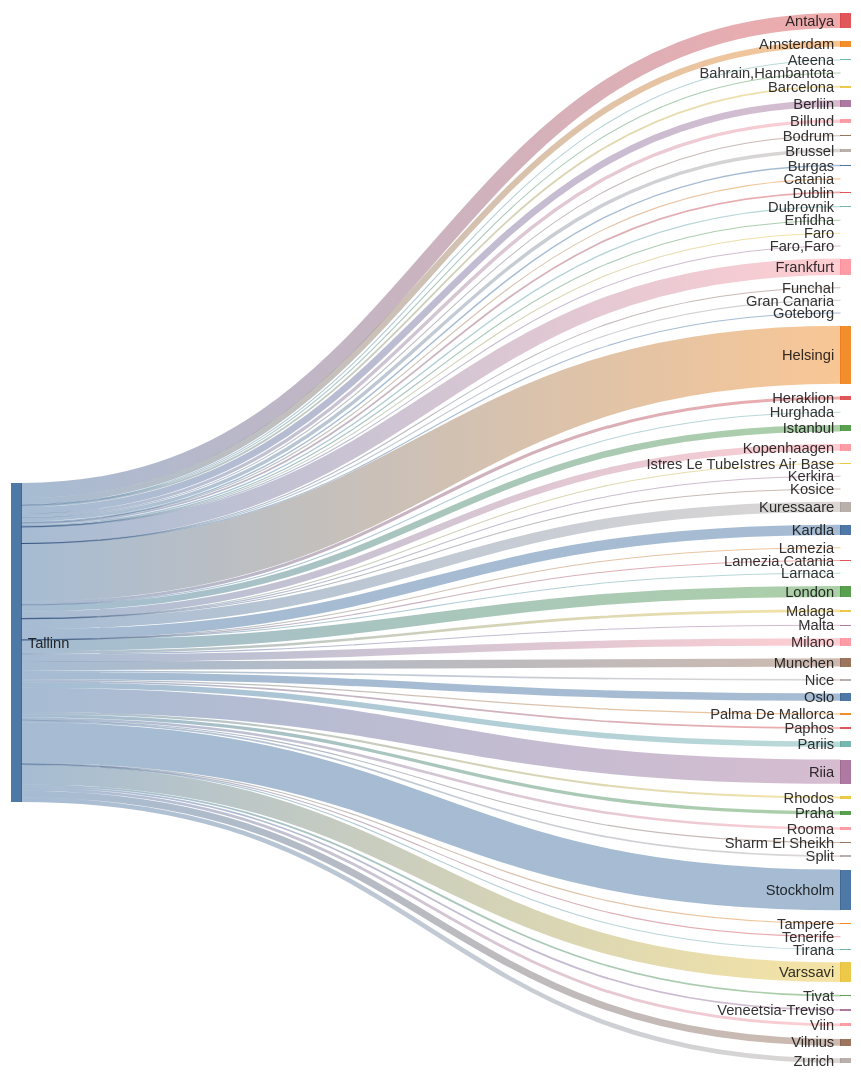
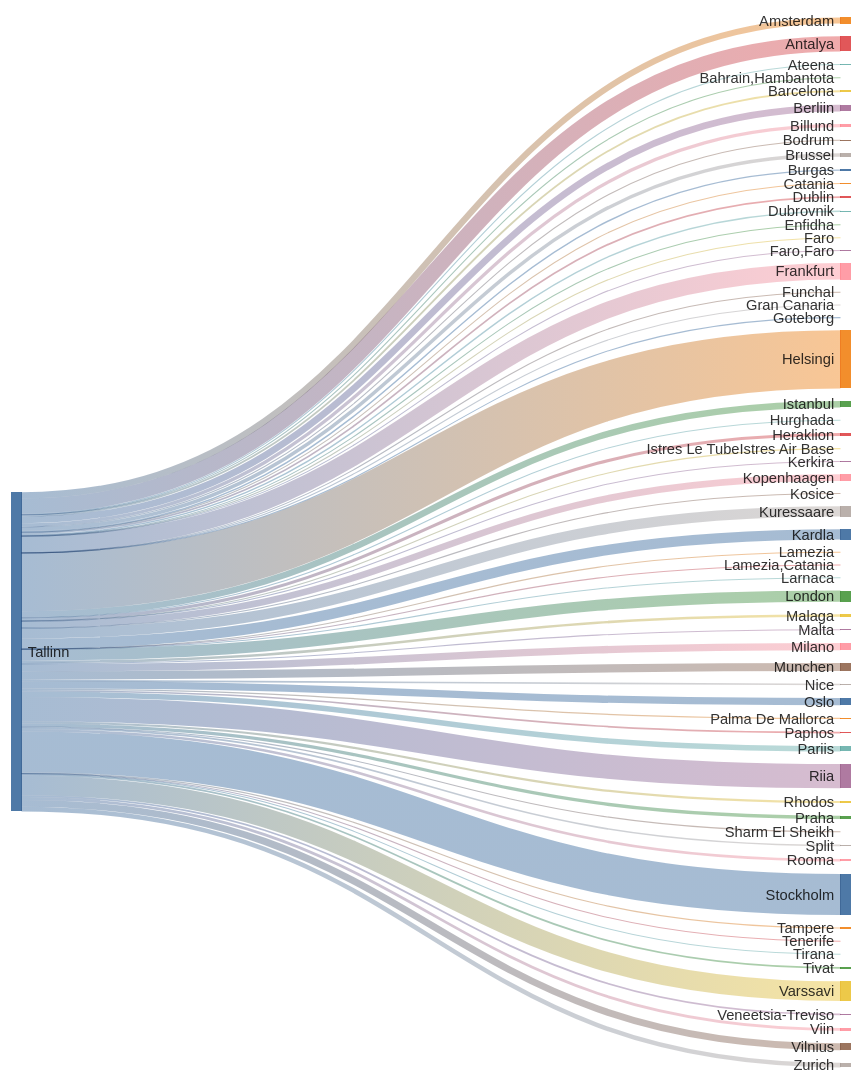
One commit to rainermesi/tll-airport-departures changed the second of 2 diagrams in README.md. Above: the diagram before and after it, drawn with Mermaid. The commit also changed other lines of this file, not shown here.

````diff
--- a/README.md
+++ b/README.md
@@ -34,72 +34,72 @@
 ```mermaid
 ---
 config:
   sankey:
     showValues: false
     width: 800
     height: 1000
 ---
 sankey-beta
 %% source,target,value
-Tallinn,Amsterdam,90
-Tallinn,Antalya,223
-Tallinn,Ateena,15
+Tallinn,Amsterdam,92
+Tallinn,Antalya,226
+Tallinn,Ateena,16
 Tallinn,"Bahrain,Hambantota",1
 Tallinn,Barcelona,27
-Tallinn,Berliin,99
+Tallinn,Berliin,100
 Tallinn,Billund,49
 Tallinn,Bodrum,11
-Tallinn,Brussel,51
+Tallinn,Brussel,52
 Tallinn,Burgas,21
 Tallinn,Catania,2
 Tallinn,Dublin,26
 Tallinn,Dubrovnik,21
 Tallinn,Enfidha,7
 Tallinn,Faro,4
 Tallinn,"Faro,Faro",1
-Tallinn,Frankfurt,242
+Tallinn,Frankfurt,245
 Tallinn,Funchal,2
 Tallinn,Gran Canaria,1
 Tallinn,Goteborg,1
-Tallinn,Helsingi,856
+Tallinn,Helsingi,865
 Tallinn,Heraklion,46
 Tallinn,Hurghada,4
 Tallinn,Istanbul,95
 Tallinn,Istres Le TubeIstres Air Base,2
 Tallinn,Kerkira,4
-Tallinn,Kopenhaagen,99
+Tallinn,Kopenhaagen,100
 Tallinn,Kosice,1
-Tallinn,Kuressaare,153
-Tallinn,Kardla,153
+Tallinn,Kuressaare,155
+Tallinn,Kardla,155
 Tallinn,Lamezia,1
 Tallinn,"Lamezia,Catania",3
-Tallinn,Larnaca,3
-Tallinn,London,163
-Tallinn,Malaga,37
+Tallinn,Larnaca,4
+Tallinn,London,165
+Tallinn,Malaga,38
 Tallinn,Malta,13
-Tallinn,Milano,109
+Tallinn,Milano,110
 Tallinn,Munchen,122
 Tallinn,Nice,25
-Tallinn,Oslo,107
+Tallinn,Oslo,108
 Tallinn,Palma De Mallorca,19
 Tallinn,Paphos,25
-Tallinn,Pariis,81
+Tallinn,Pariis,82
 Tallinn,Praha,49
 Tallinn,Rhodos,32
-Tallinn,Riia,357
+Tallinn,Riia,361
 Tallinn,Rooma,38
 Tallinn,Sharm El Sheikh,6
 Tallinn,Split,25
-Tallinn,Stockholm,599
+Tallinn,Stockholm,607
 Tallinn,Tampere,17
 Tallinn,Tenerife,1
 Tallinn,Tirana,8
 Tallinn,Tivat,26
-Tallinn,Varssavi,289
+Tallinn,Varssavi,291
 Tallinn,Veneetsia-Treviso,26
 Tallinn,Viin,42
-Tallinn,Vilnius,101
-Tallinn,Zurich,67
+Tallinn,Vilnius,103
+Tallinn,Zurich,68
 
 
 ```
````
